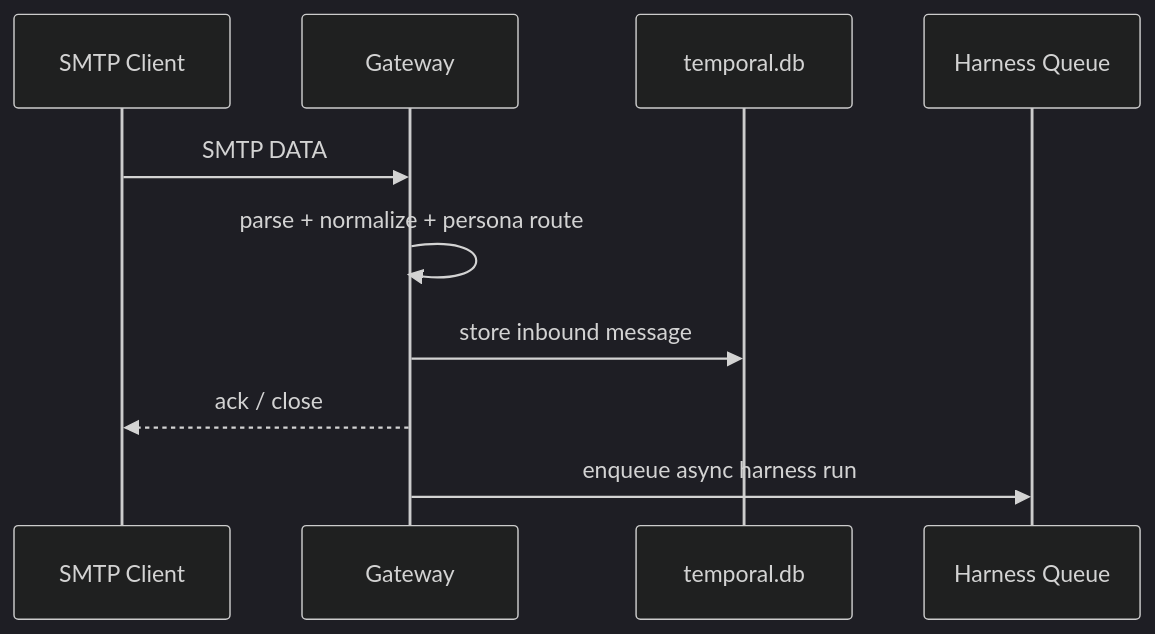
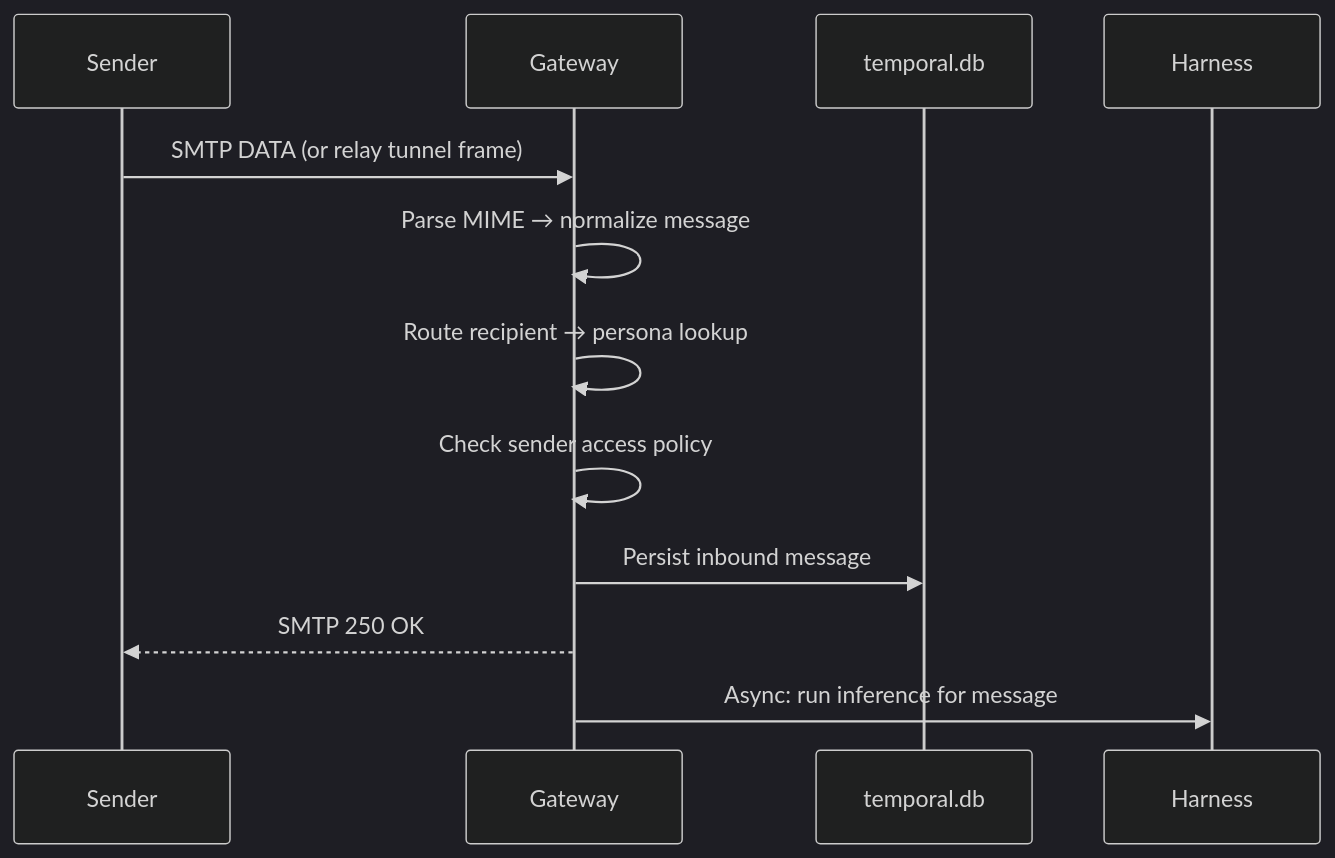
The diagram in site/internal-architecture/gateway.md (sebscholl/protege), drawn with Mermaid (dark theme) before and after one commit. The commit also changed other lines of this file and 100 other files, not shown here.

````diff
--- a/site/internal-architecture/gateway.md
+++ b/site/internal-architecture/gateway.md
@@ -16,13 +18,15 @@
 ```mermaid
 sequenceDiagram
-  participant SMTP as SMTP Client
+  participant S as Sender
   participant GW as Gateway
   participant DB as temporal.db
-  participant HQ as Harness Queue
+  participant H as Harness
 
-  SMTP->>GW: SMTP DATA
-  GW->>GW: parse + normalize + persona route
-  GW->>DB: store inbound message
-  GW-->>SMTP: ack / close
-  GW->>HQ: enqueue async harness run
+  S->>GW: SMTP DATA (or relay tunnel frame)
+  GW->>GW: Parse MIME → normalize message
+  GW->>GW: Route recipient → persona lookup
+  GW->>GW: Check sender access policy
+  GW->>DB: Persist inbound message
+  GW-->>S: SMTP 250 OK
+  GW->>H: Async: run inference for message
 ```
````
